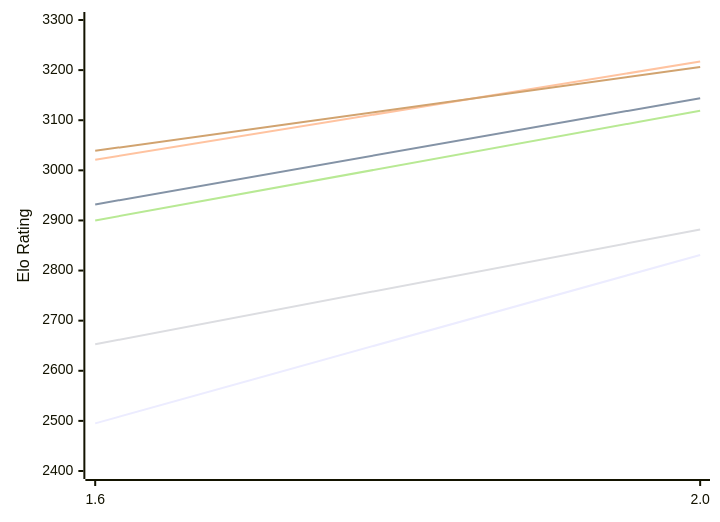
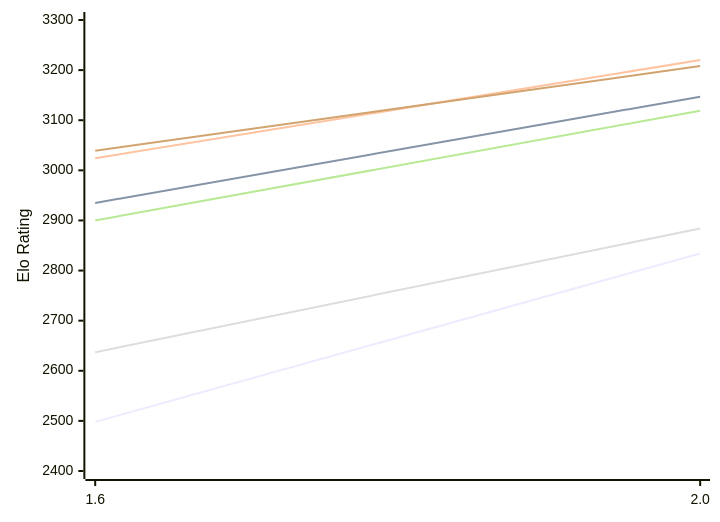
Before and after one commit to computer-chess-index/cci: the first of 2 diagrams in engines/Onyx.md, drawn with Mermaid. The commit also changed other lines of this file, not shown here.

Commit message:
Update CCI Ratings (ELO VLTC) - 2026-11-22

````diff
--- a/engines/Onyx.md
+++ b/engines/Onyx.md
@@ -50,12 +50,12 @@
 ```mermaid
 %%{init: {"theme":"base","themeVariables":{"seriesColors:['#a3a3a3','#222221','#faa371']}}}%%
 xychart-beta
   x-axis ["1.6", "2.0"]
   y-axis "Elo Rating" 2400 --> 3300
-  line "E1: STC (8.0+0.08s)" [2495, 2831]
-  line "E1: LTC (60.0+0.60s)" [2932, 3144]
-  line "E1: VLTC (2m24s+1.12s)" [3021, 3217]
-  line "P1: STC (8.0+0.08s)" [2653, 2882]
+  line "E1: STC (8.0+0.08s)" [2498, 2834]
+  line "E1: LTC (60.0+0.60s)" [2935, 3147]
+  line "E1: VLTC (2m24s+1.12s)" [3024, 3220]
+  line "P1: STC (8.0+0.08s)" [2637, 2884]
   line "P1: LTC (60.0+0.60s)" [2900, 3119]
-  line "P1: VLTC (2m24s+1.12s)" [3039, 3206]
+  line "P1: VLTC (2m24s+1.12s)" [3039, 3208]
 ```
````
